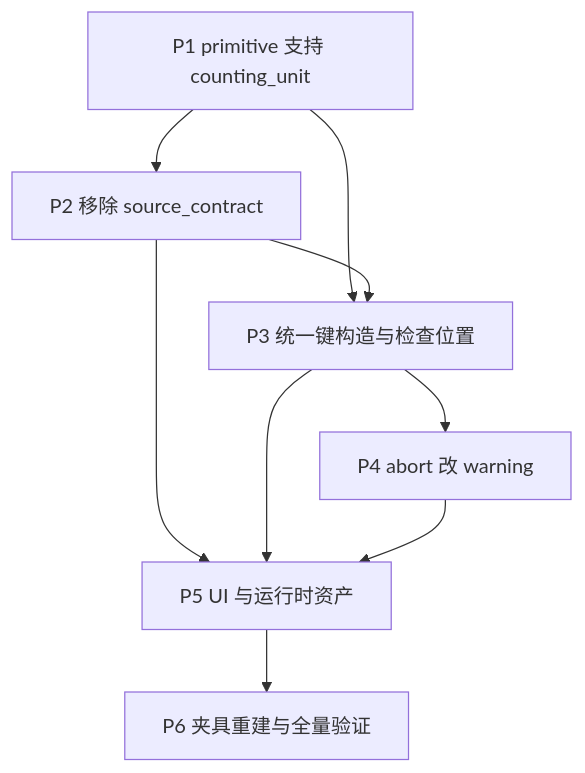
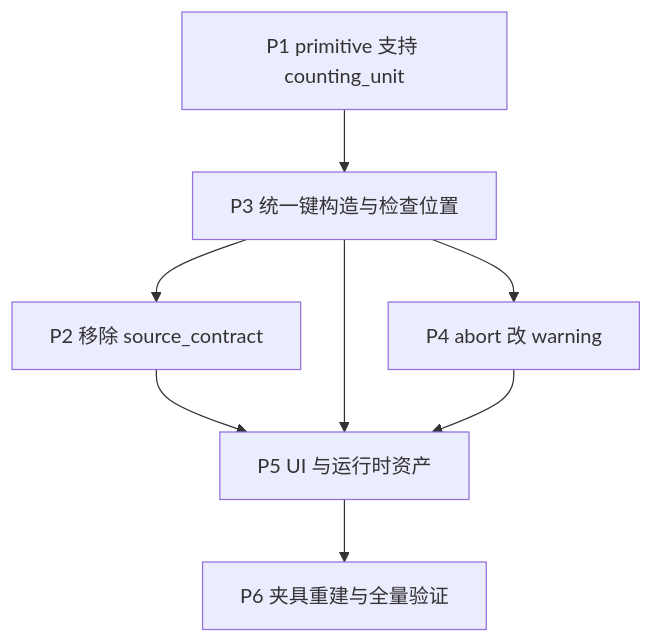
Before and after one commit to wenqiangchu/tfl_sascodegen: the diagram in plans/counting-unit-unification.md, drawn with Mermaid. The commit also changed other lines of this file, not shown here.

First line of the commit message:
Reorder the counting-unit plan so duplicate checking lands before removal

````diff
--- a/plans/counting-unit-unification.md
+++ b/plans/counting-unit-unification.md
@@ -80,11 +80,10 @@
 ```mermaid
 graph TD
-    P1[P1 primitive 支持 counting_unit] --> P2[P2 移除 source_contract]
-    P1 --> P3[P3 统一键构造与检查位置]
-    P2 --> P3
+    P1[P1 primitive 支持 counting_unit] --> P3[P3 统一键构造与检查位置]
+    P3 --> P2[P2 移除 source_contract]
     P3 --> P4[P4 abort 改 warning]
     P2 --> P5[P5 UI 与运行时资产]
     P3 --> P5
     P4 --> P5
     P5 --> P6[P6 夹具重建与全量验证]
 ```
````
